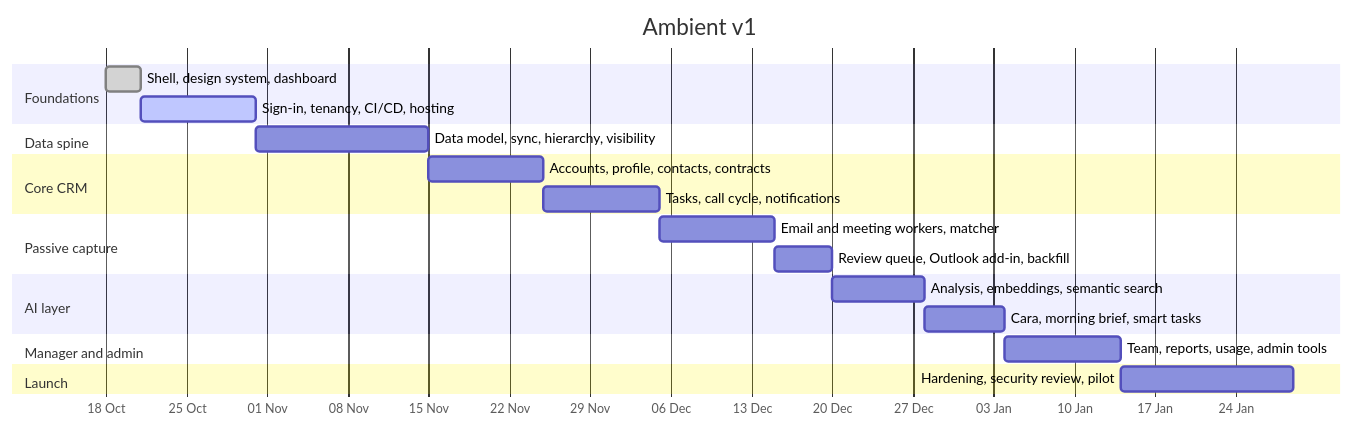
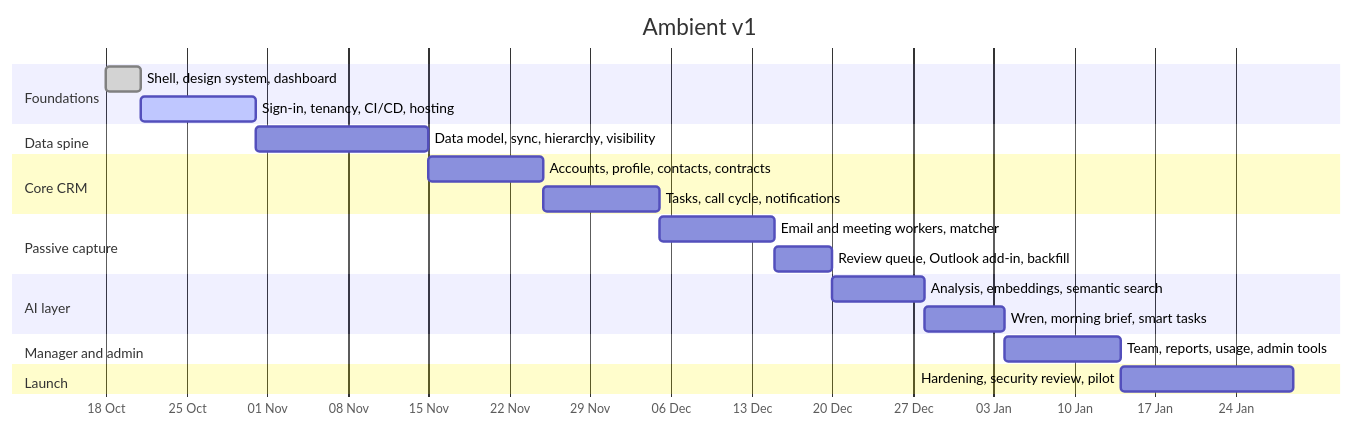
The diagram in docs/product/roadmap.md (sonishivam1/ambient-crm), drawn with Mermaid before and after one commit. The commit also changed other lines of this file and 21 other files, not shown here.

First line of the commit message:
refactor: rename the AI assistant from Cara to Wren

````diff
--- a/docs/product/roadmap.md
+++ b/docs/product/roadmap.md
@@ -7,24 +7,24 @@
 ```mermaid
 gantt
   title Ambient v1
   dateFormat YYYY-MM-DD
   axisFormat %d %b
   section Foundations
   Shell, design system, dashboard        :done,    f1, 2026-10-18, 3d
   Sign-in, tenancy, CI/CD, hosting       :active,  f2, 2026-10-21, 10d
   section Data spine
   Data model, sync, hierarchy, visibility :         d1, after f2, 15d
   section Core CRM
   Accounts, profile, contacts, contracts :         c1, after d1, 10d
   Tasks, call cycle, notifications       :         c2, after c1, 10d
   section Passive capture
   Email and meeting workers, matcher     :         p1, after c2, 10d
   Review queue, Outlook add-in, backfill :         p2, after p1, 5d
   section AI layer
   Analysis, embeddings, semantic search  :         a1, after p2, 8d
-  Cara, morning brief, smart tasks       :         a2, after a1, 7d
+  Wren, morning brief, smart tasks       :         a2, after a1, 7d
   section Manager and admin
   Team, reports, usage, admin tools      :         m1, after a2, 10d
   section Launch
   Hardening, security review, pilot      :         l1, after m1, 15d
 ```
````
